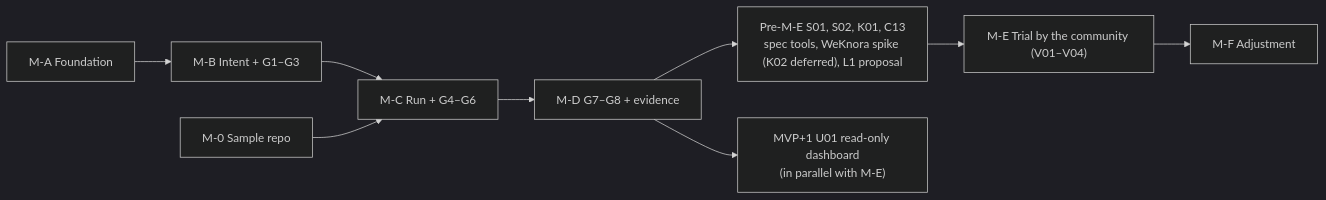
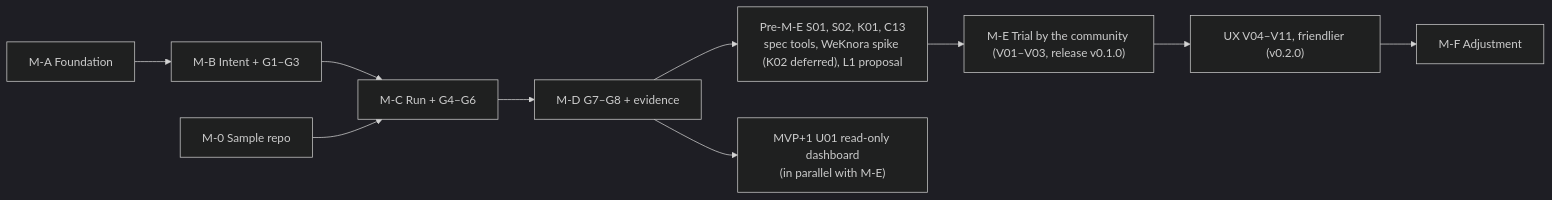
Before and after one commit to hoanghainh1188/agentic-sdlc-framework: the diagram in design/D-08-mvp-backlog.md, drawn with Mermaid (dark theme). The commit also changed other lines of this file and 6 other files, not shown here.

````diff
--- a/design/D-08-mvp-backlog.md
+++ b/design/D-08-mvp-backlog.md
@@ -52,11 +53,12 @@
 ```mermaid
 flowchart LR
     MA["M-A Foundation"] --> MB["M-B Intent + G1–G3"]
     MB --> MC["M-C Run + G4–G6"]
     M0["M-0 Sample repo"] --> MC
     MC --> MD["M-D G7–G8 + evidence"]
     MD --> MP["Pre-M-E S01, S02, K01, C13<br/>spec tools, WeKnora spike (K02 deferred), L1 proposal"]
-    MP --> ME["M-E Trial by the community (V01–V04)"]
-    ME --> MF["M-F Adjustment"]
+    MP --> ME["M-E Trial by the community (V01–V03, release v0.1.0)"]
+    ME --> UX["UX V04–V11, friendlier (v0.2.0)"]
+    UX --> MF["M-F Adjustment"]
     MD --> MU["MVP+1 U01 read-only dashboard<br/>(in parallel with M-E)"]
 ```
````
